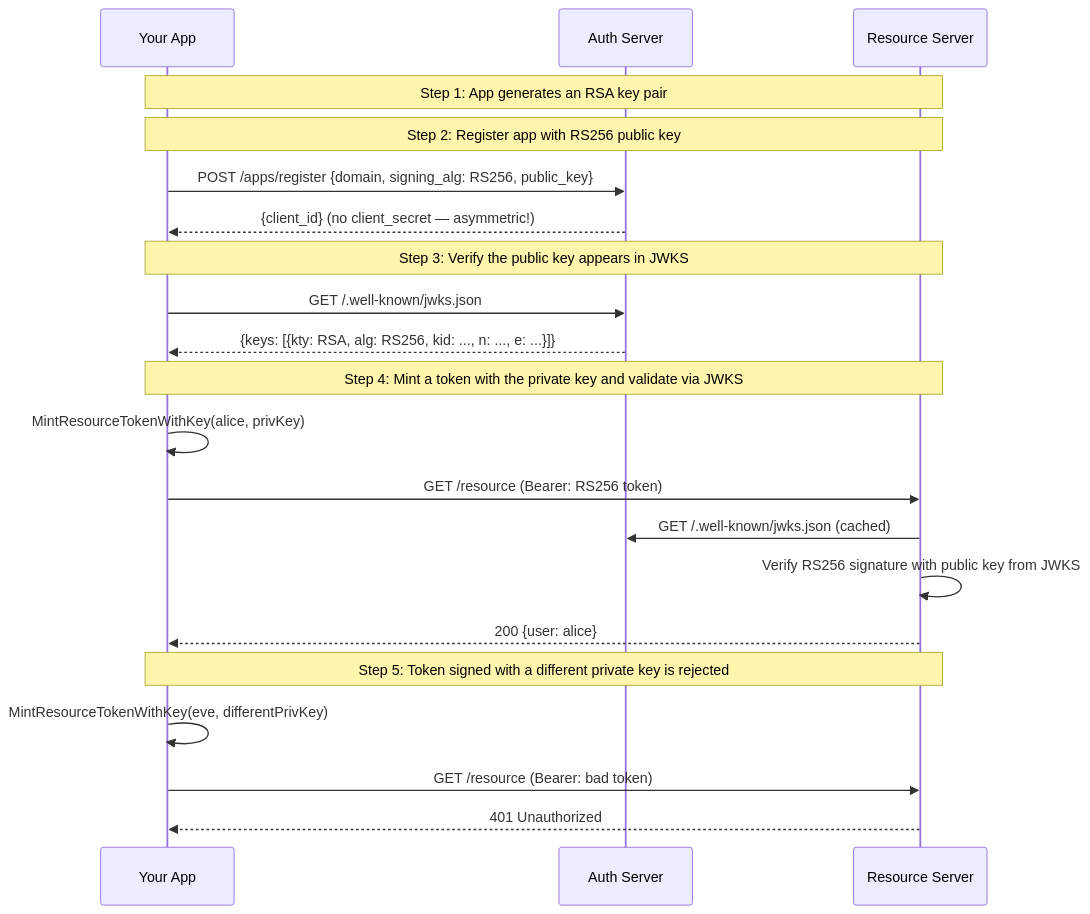
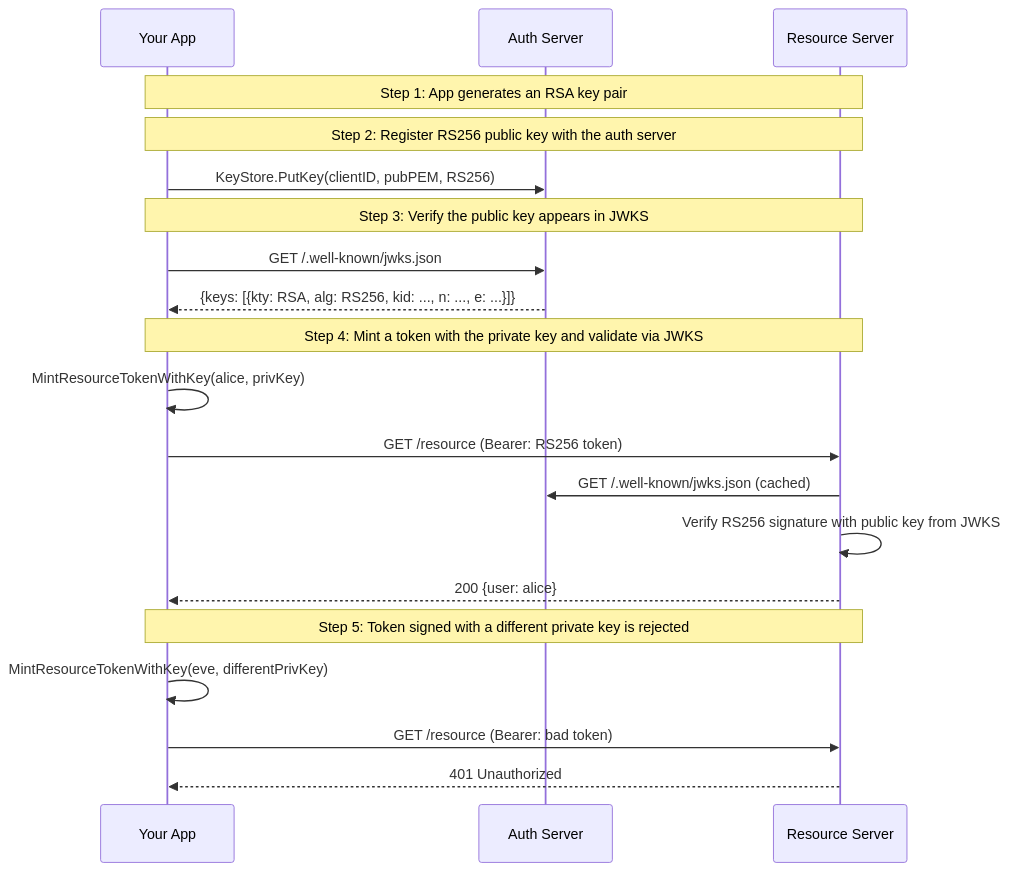
Before and after one commit to panyam/oneauth: the diagram in examples/03-resource-token-rs256-jwks/WALKTHROUGH.md, drawn with Mermaid. The commit also changed other lines of this file and 26 other files, not shown here.

````diff
--- a/examples/03-resource-token-rs256-jwks/WALKTHROUGH.md
+++ b/examples/03-resource-token-rs256-jwks/WALKTHROUGH.md
@@ -15,28 +15,27 @@
 ```mermaid
 sequenceDiagram
     participant App as Your App
     participant AS as Auth Server
     participant RS as Resource Server
 
     Note over App,RS: Step 1: App generates an RSA key pair
 
-    Note over App,RS: Step 2: Register app with RS256 public key
-    App->>AS: POST /apps/register {domain, signing_alg: RS256, public_key}
-    AS-->>App: {client_id} (no client_secret — asymmetric!)
+    Note over App,RS: Step 2: Register RS256 public key with the auth server
+    App->>AS: KeyStore.PutKey(clientID, pubPEM, RS256)
 
     Note over App,RS: Step 3: Verify the public key appears in JWKS
     App->>AS: GET /.well-known/jwks.json
     AS-->>App: {keys: [{kty: RSA, alg: RS256, kid: ..., n: ..., e: ...}]}
 
     Note over App,RS: Step 4: Mint a token with the private key and validate via JWKS
     App->>App: MintResourceTokenWithKey(alice, privKey)
     App->>RS: GET /resource (Bearer: RS256 token)
     RS->>AS: GET /.well-known/jwks.json (cached)
     RS->>RS: Verify RS256 signature with public key from JWKS
     RS-->>App: 200 {user: alice}
 
     Note over App,RS: Step 5: Token signed with a different private key is rejected
     App->>App: MintResourceTokenWithKey(eve, differentPrivKey)
     App->>RS: GET /resource (Bearer: bad token)
     RS-->>App: 401 Unauthorized
 ```
````
